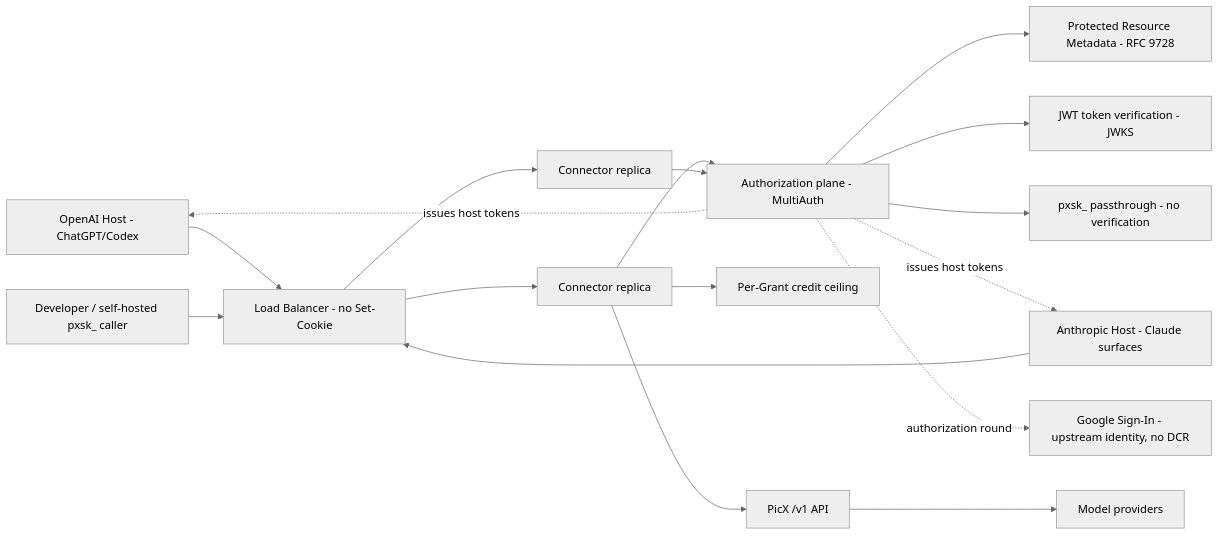
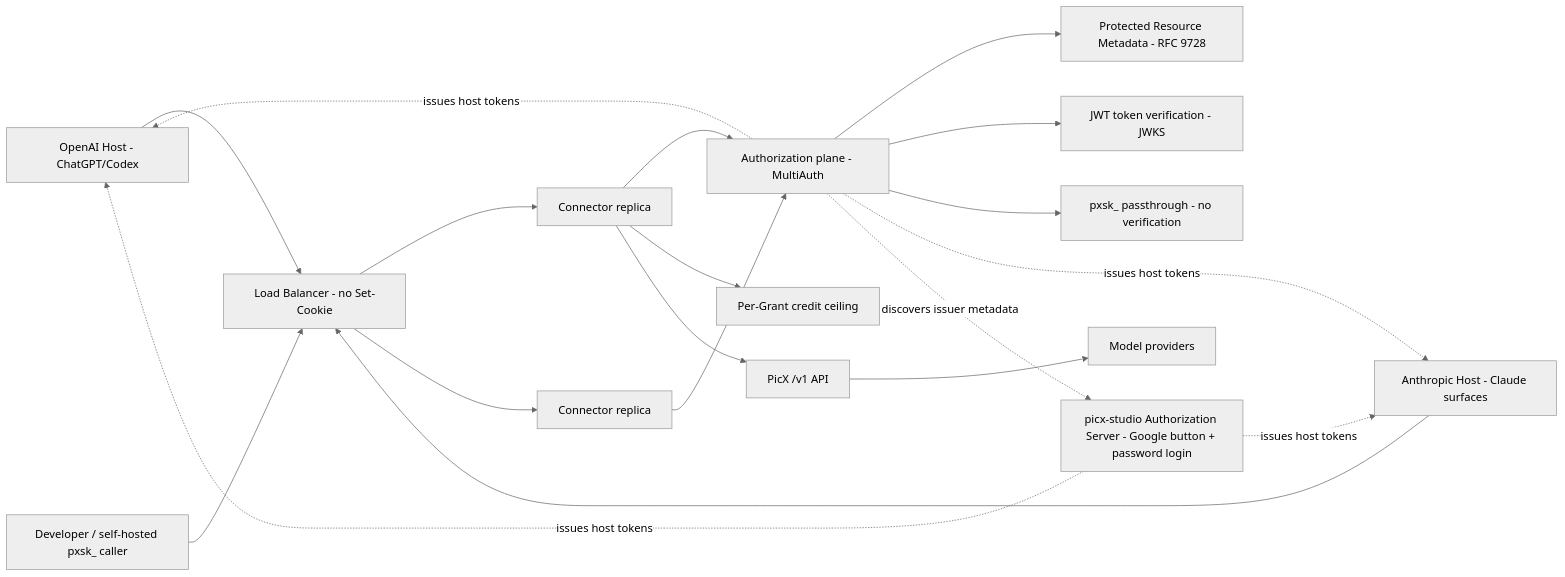
The diagram in .kiro/specs/official-plugin-directory/design.md (Type-Think-AI/picx-mcp), drawn with Mermaid (neutral theme) before and after one commit. The commit also changed other lines of this file and 2 other files, not shown here.

First line of the commit message:
docs(spec): PicX becomes the authorization server (reverses the morning decision)

````diff
--- a/.kiro/specs/official-plugin-directory/design.md
+++ b/.kiro/specs/official-plugin-directory/design.md
@@ -30,19 +39,21 @@
 ```mermaid
 flowchart LR
   OAIHost[OpenAI Host - ChatGPT/Codex] --> LB[Load Balancer - no Set-Cookie]
   AnthHost[Anthropic Host - Claude surfaces] --> LB
   DevKey[Developer / self-hosted pxsk_ caller] --> LB
   LB --> R1[Connector replica]
   LB --> R2[Connector replica]
   R1 --> Auth[Authorization plane - MultiAuth]
   R2 --> Auth
   Auth --> PRM[Protected Resource Metadata - RFC 9728]
   Auth --> Verify[JWT token verification - JWKS]
   Auth --> Passthru[pxsk_ passthrough - no verification]
   R1 --> Ceiling[Per-Grant credit ceiling]
   R1 --> V1[PicX /v1 API]
   V1 --> Provider[Model providers]
   Auth -.issues host tokens.-> OAIHost
   Auth -.issues host tokens.-> AnthHost
-  Auth -.authorization round.-> Upstream[Google Sign-In - upstream identity, no DCR]
+  Auth -.discovers issuer metadata.-> AS[picx-studio Authorization Server - Google button + password login]
+  AS -.issues host tokens.-> OAIHost
+  AS -.issues host tokens.-> AnthHost
 ```
````
